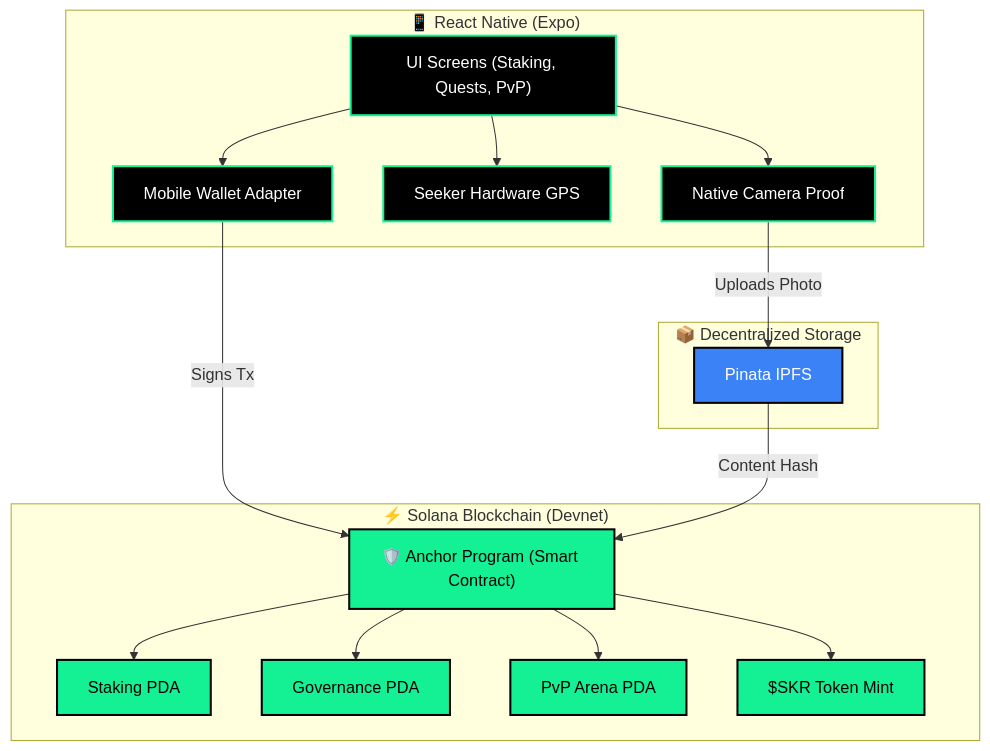
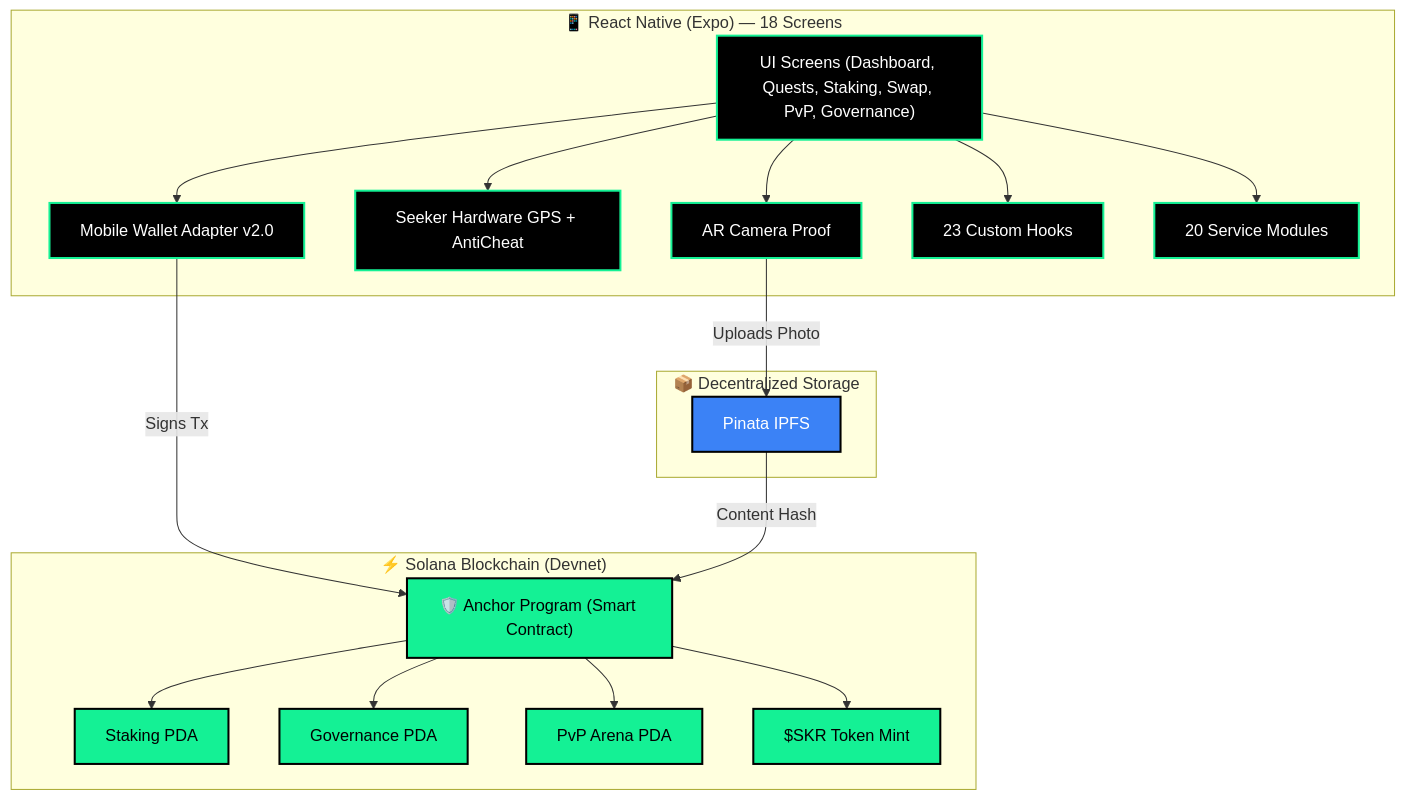
Before and after one commit to Faqihsu/ecoquest_mobile: the diagram in README.md, drawn with Mermaid. The commit also changed other lines of this file and 11 other files, not shown here.

Commit message:
docs: update all 12 documentation files to match current codebase (18 screens, 20 services, 23 hooks, 25,700+ LOC)

````diff
--- a/README.md
+++ b/README.md
@@ -57,39 +58,43 @@
 ```mermaid
 graph TD
     %% Styling
     classDef solana fill:#14F195,stroke:#000,stroke-width:2px,color:#000;
     classDef mobile fill:#000000,stroke:#14F195,stroke-width:2px,color:#fff;
     classDef storage fill:#3b82f6,stroke:#000,stroke-width:2px,color:#fff;
     
-    subgraph MobileApp["📱 React Native (Expo)"]
-        UI["UI Screens (Staking, Quests, PvP)"]:::mobile
-        MWA["Mobile Wallet Adapter"]:::mobile
-        GPS["Seeker Hardware GPS"]:::mobile
-        Cam["Native Camera Proof"]:::mobile
+    subgraph MobileApp["📱 React Native (Expo) — 18 Screens"]
+        UI["UI Screens (Dashboard, Quests, Staking, Swap, PvP, Governance)"]:::mobile
+        MWA["Mobile Wallet Adapter v2.0"]:::mobile
+        GPS["Seeker Hardware GPS + AntiCheat"]:::mobile
+        Cam["AR Camera Proof"]:::mobile
+        Hooks["23 Custom Hooks"]:::mobile
+        Services["20 Service Modules"]:::mobile
         
         UI --> MWA
+        UI --> Hooks
+        UI --> Services
         UI --> GPS
         UI --> Cam
     end
     
     subgraph OffChain["📦 Decentralized Storage"]
         IPFS["Pinata IPFS"]:::storage
         Cam -- Uploads Photo --> IPFS
     end
 
     subgraph SolanaDevnet["⚡ Solana Blockchain (Devnet)"]
         AnchorProg["🛡️ Anchor Program (Smart Contract)"]:::solana
         StakePDA["Staking PDA"]:::solana
         GovPDA["Governance PDA"]:::solana
         PvPPDA["PvP Arena PDA"]:::solana
         SKRMint["$SKR Token Mint"]:::solana
         
         MWA -- Signs Tx --> AnchorProg
         IPFS -- Content Hash --> AnchorProg
         
         AnchorProg --> StakePDA
         AnchorProg --> GovPDA
         AnchorProg --> PvPPDA
         AnchorProg --> SKRMint
     end
 ```
````
